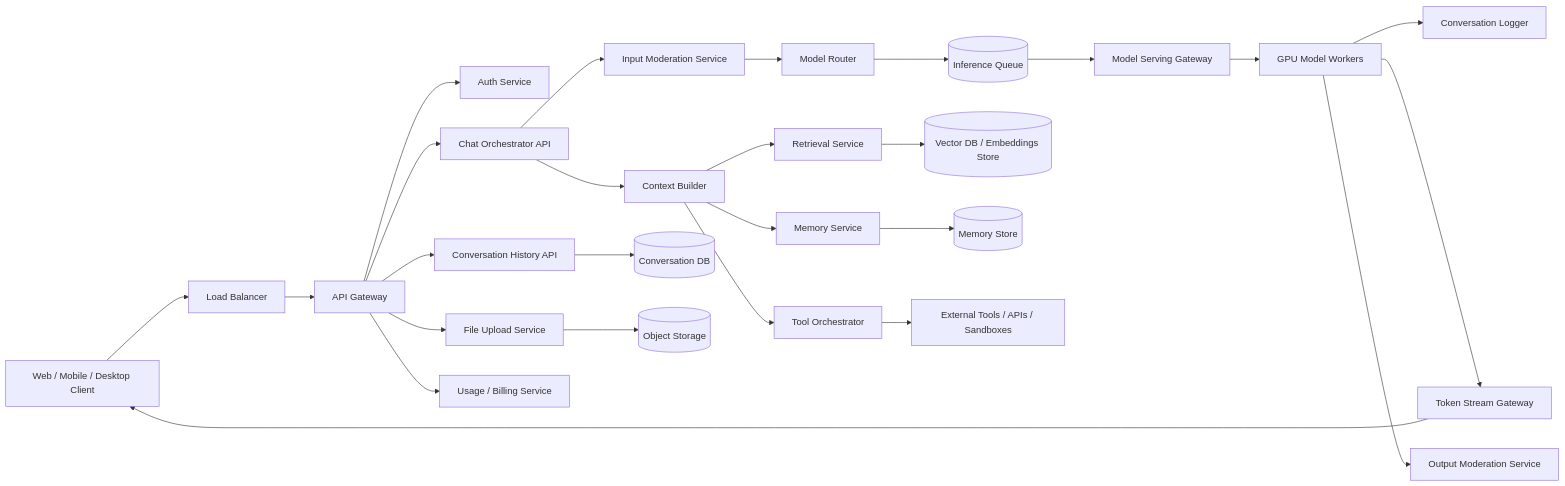
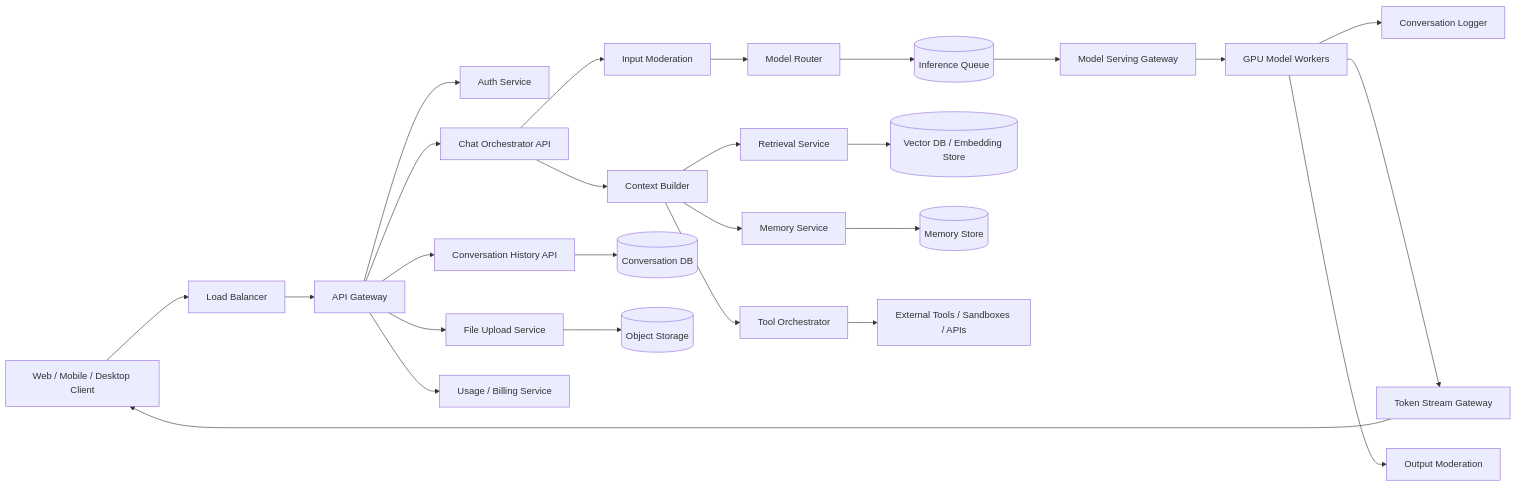
The first of 11 diagrams in src/content/design-a-realtime-ai-chat-system.md (gojosatoru123-ux/CacheU), drawn with Mermaid before and after one commit. The commit also changed other lines of this file and 17 other files, not shown here.

````diff
--- a/src/content/design-a-realtime-ai-chat-system.md
+++ b/src/content/design-a-realtime-ai-chat-system.md
@@ -205,35 +195,35 @@
 ```mermaid
 flowchart LR
     Client[Web / Mobile / Desktop Client] --> LB[Load Balancer]
     LB --> APIGW[API Gateway]
 
     APIGW --> Auth[Auth Service]
     APIGW --> ChatAPI[Chat Orchestrator API]
     APIGW --> Upload[File Upload Service]
     APIGW --> History[Conversation History API]
     APIGW --> Billing[Usage / Billing Service]
 
-    ChatAPI --> ModerationIn[Input Moderation Service]
+    ChatAPI --> ModerationIn[Input Moderation]
     ModerationIn --> Router[Model Router]
 
     ChatAPI --> Context[Context Builder]
     Context --> Retriever[Retrieval Service]
     Context --> Memory[Memory Service]
     Context --> ToolMgr[Tool Orchestrator]
 
     Router --> Queue[(Inference Queue)]
     Queue --> ModelGW[Model Serving Gateway]
     ModelGW --> GPU[GPU Model Workers]
 
     GPU --> Stream[Token Stream Gateway]
     Stream --> Client
 
-    GPU --> ModerationOut[Output Moderation Service]
+    GPU --> ModerationOut[Output Moderation]
     GPU --> Logger[Conversation Logger]
 
-    Retriever --> Vector[(Vector DB / Embeddings Store)]
+    Retriever --> Vector[(Vector DB / Embedding Store)]
     Memory --> MemDB[(Memory Store)]
     History --> ConvDB[(Conversation DB)]
     Upload --> Blob[(Object Storage)]
-    ToolMgr --> Tools[External Tools / APIs / Sandboxes]
+    ToolMgr --> Tools[External Tools / Sandboxes / APIs]
 ```
````
